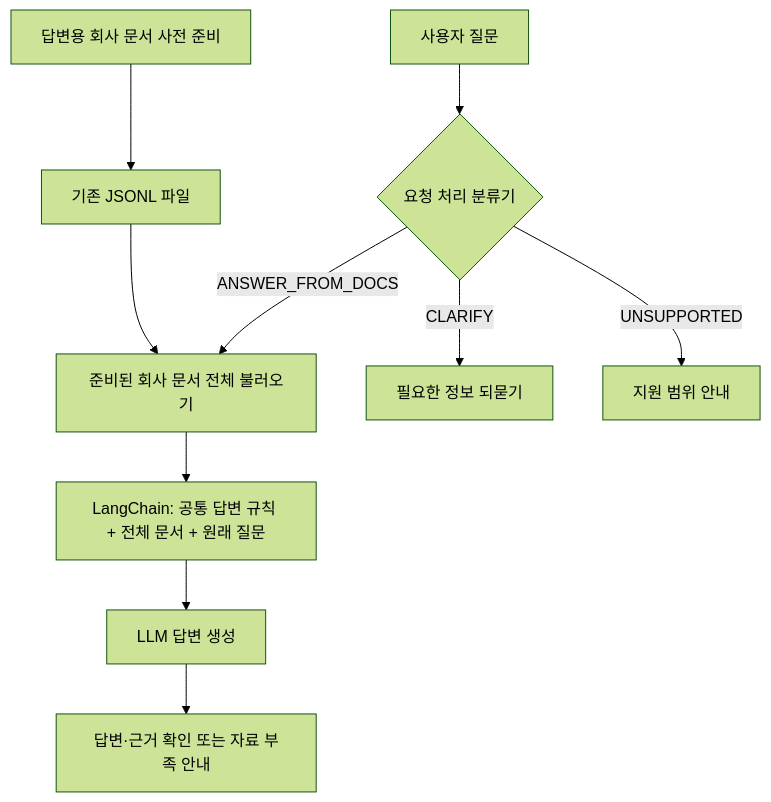
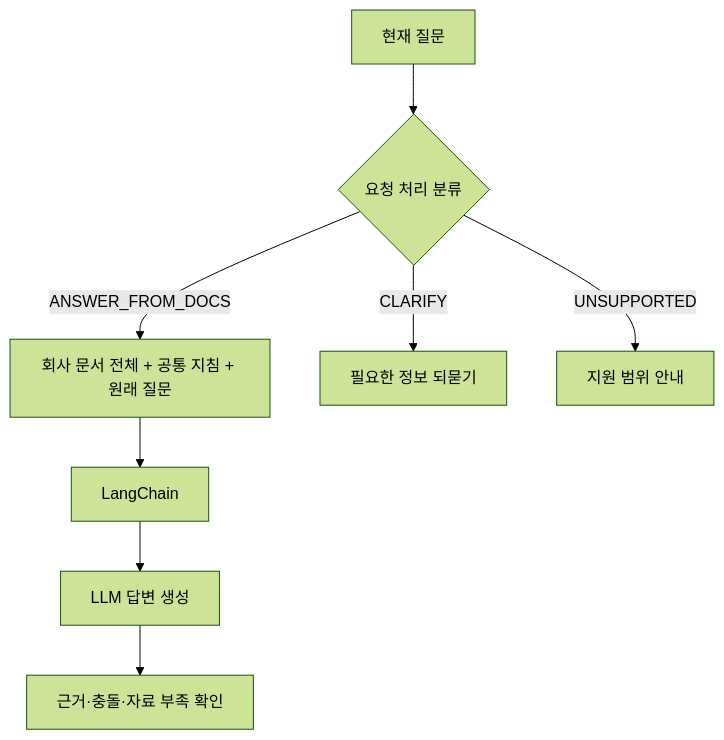
The diagram in docs/service-architecture.md (KANT-2nd-project/sanaebi), drawn with Mermaid (forest theme) before and after one commit. The commit also changed other lines of this file and 24 other files, not shown here.

````diff
--- a/docs/service-architecture.md
+++ b/docs/service-architecture.md
@@ -28,12 +38,9 @@
 ```mermaid
 flowchart TD
-    D["답변용 회사 문서 사전 준비"] --> S["기존 JSONL 파일"]
-    Q["사용자 질문"] --> C{"요청 처리 분류기"}
-    C -->|ANSWER_FROM_DOCS| A["준비된 회사 문서 전체 불러오기"]
-    S --> A
-    A --> P["LangChain: 공통 답변 규칙 + 전체 문서 + 원래 질문"]
-    P --> L["LLM 답변 생성"]
-    L --> R["답변·근거 확인 또는 자료 부족 안내"]
-    C -->|CLARIFY| B["필요한 정보 되묻기"]
-    C -->|UNSUPPORTED| U["지원 범위 안내"]
+    Q["현재 질문"] --> C{"요청 처리 분류"}
+    C -->|"ANSWER_FROM_DOCS"| D["회사 문서 전체 + 공통 지침 + 원래 질문"]
+    D --> LC["LangChain"] --> LLM["LLM 답변 생성"]
+    LLM --> E["근거·충돌·자료 부족 확인"]
+    C -->|"CLARIFY"| CL["필요한 정보 되묻기"]
+    C -->|"UNSUPPORTED"| U["지원 범위 안내"]
 ```
````
